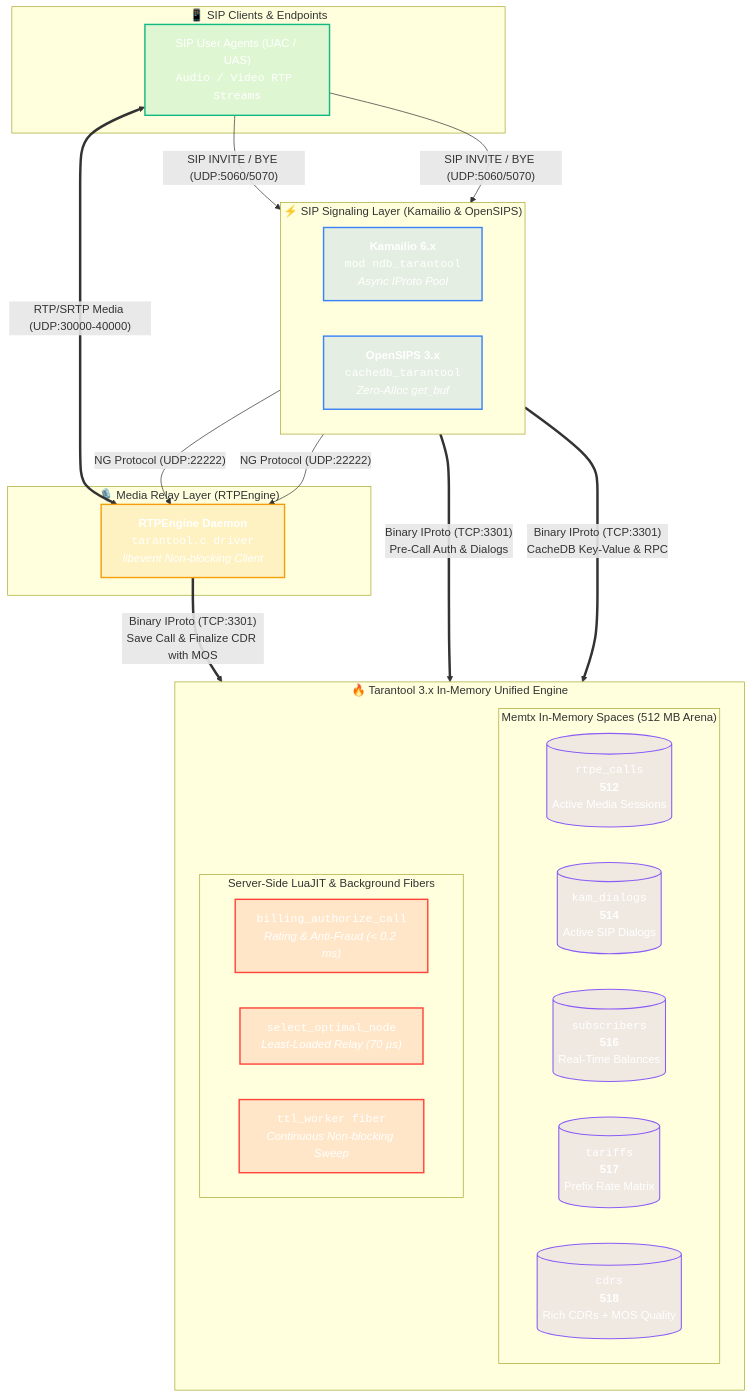
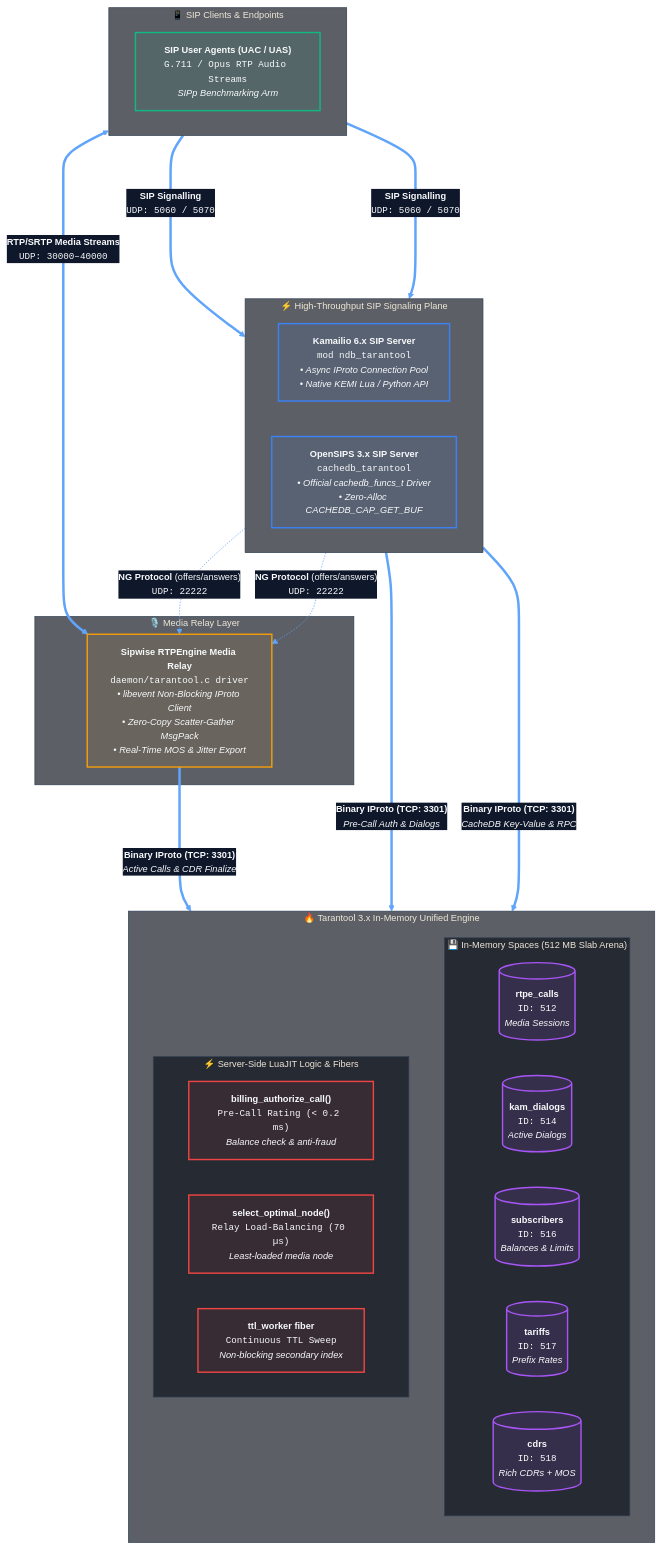
Before and after one commit to lean1ee/tarantool-voip-backend: the diagram in README.md, drawn with Mermaid. The commit also changed other lines of this file and 5 other files, not shown here.

Commit message:
docs: enrich Mermaid diagrams with custom dark themes, font styling, rect highlights, and branch logic

````diff
--- a/README.md
+++ b/README.md
@@ -26,55 +26,75 @@
 ```mermaid
+%%{init: {
+  'theme': 'base',
+  'themeVariables': {
+    'fontFamily': 'Inter, system-ui, -apple-system, sans-serif',
+    'fontSize': '13px',
+    'darkMode': true,
+    'primaryColor': '#1e293b',
+    'primaryTextColor': '#f8fafc',
+    'primaryBorderColor': '#3b82f6',
+    'lineColor': '#60a5fa',
+    'secondaryColor': '#0f172a',
+    'tertiaryColor': '#111827',
+    'clusterBkg': '#0b0f19aa',
+    'clusterBorder': '#334155',
+    'edgeLabelBackground': '#0f172a'
+  }
+}}%%
 flowchart TB
     subgraph Clients["📱 SIP Clients & Endpoints"]
-        UAC["SIP User Agents (UAC / UAS)<br/><code>Audio / Video RTP Streams</code>"]
+        direction LR
+        UAC["<b>SIP User Agents (UAC / UAS)</b><br/><code>G.711 / Opus RTP Audio Streams</code><br/><i>SIPp Benchmarking Arm</i>"]
     end
 
-    subgraph Signaling["⚡ SIP Signaling Layer (Kamailio & OpenSIPS)"]
+    subgraph Signaling["⚡ High-Throughput SIP Signaling Plane"]
         direction LR
-        KAM["<b>Kamailio 6.x</b><br/><code>mod ndb_tarantool</code><br/><i>Async IProto Pool</i>"]
-        OS["<b>OpenSIPS 3.x</b><br/><code>cachedb_tarantool</code><br/><i>Zero-Alloc get_buf</i>"]
+        KAM["<b>Kamailio 6.x SIP Server</b><br/><code>mod ndb_tarantool</code><br/><i>• Async IProto Connection Pool<br/>• Native KEMI Lua / Python API</i>"]
+        OS["<b>OpenSIPS 3.x SIP Server</b><br/><code>cachedb_tarantool</code><br/><i>• Official cachedb_funcs_t Driver<br/>• Zero-Alloc CACHEDB_CAP_GET_BUF</i>"]
     end
 
-    subgraph Media["🎙️ Media Relay Layer (RTPEngine)"]
-        RTPE["<b>RTPEngine Daemon</b><br/><code>tarantool.c driver</code><br/><i>libevent Non-blocking Client</i>"]
+    subgraph Media["🎙️ Media Relay Layer"]
+        RTPE["<b>Sipwise RTPEngine Media Relay</b><br/><code>daemon/tarantool.c driver</code><br/><i>• libevent Non-Blocking IProto Client<br/>• Zero-Copy Scatter-Gather MsgPack<br/>• Real-Time MOS &amp; Jitter Export</i>"]
     end
 
     subgraph Backend["🔥 Tarantool 3.x In-Memory Unified Engine"]
         direction TB
-        subgraph Memtx["Memtx In-Memory Spaces (512 MB Arena)"]
-            S1[("<code>rtpe_calls</code><br/><b>512</b><br/>Active Media Sessions")]
-            S2[("<code>kam_dialogs</code><br/><b>514</b><br/>Active SIP Dialogs")]
-            S3[("<code>subscribers</code><br/><b>516</b><br/>Real-Time Balances")]
-            S4[("<code>tariffs</code><br/><b>517</b><br/>Prefix Rate Matrix")]
-            S5[("<code>cdrs</code><br/><b>518</b><br/>Rich CDRs + MOS Quality")]
+        subgraph Memtx["💾 In-Memory Spaces (512 MB Slab Arena)"]
+            direction LR
+            S1[("<b>rtpe_calls</b><br/><code>ID: 512</code><br/><i>Media Sessions</i>")]
+            S2[("<b>kam_dialogs</b><br/><code>ID: 514</code><br/><i>Active Dialogs</i>")]
+            S3[("<b>subscribers</b><br/><code>ID: 516</code><br/><i>Balances &amp; Limits</i>")]
+            S4[("<b>tariffs</b><br/><code>ID: 517</code><br/><i>Prefix Rates</i>")]
+            S5[("<b>cdrs</b><br/><code>ID: 518</code><br/><i>Rich CDRs + MOS</i>")]
         end
-        subgraph Engine["Server-Side LuaJIT & Background Fibers"]
-            LUA1["<code>billing_authorize_call</code><br/><i>Rating & Anti-Fraud (&lt; 0.2 ms)</i>"]
-            LUA2["<code>select_optimal_node</code><br/><i>Least-Loaded Relay (70 µs)</i>"]
-            LUA3["<code>ttl_worker fiber</code><br/><i>Continuous Non-blocking Sweep</i>"]
+        subgraph Engine["⚡ Server-Side LuaJIT Logic &amp; Fibers"]
+            direction LR
+            LUA1["<b>billing_authorize_call()</b><br/><code>Pre-Call Rating (&lt; 0.2 ms)</code><br/><i>Balance check &amp; anti-fraud</i>"]
+            LUA2["<b>select_optimal_node()</b><br/><code>Relay Load-Balancing (70 µs)</code><br/><i>Least-loaded media node</i>"]
+            LUA3["<b>ttl_worker fiber</b><br/><code>Continuous TTL Sweep</code><br/><i>Non-blocking secondary index</i>"]
         end
     end
 
-    UAC -->|"SIP INVITE / BYE (UDP:5060/5070)"| KAM
-    UAC -->|"SIP INVITE / BYE (UDP:5060/5070)"| OS
-    UAC <===>|"RTP/SRTP Media (UDP:30000-40000)"| RTPE
+    UAC ==>|"<b>SIP Signalling</b><br/><code>UDP: 5060 / 5070</code>"| KAM
+    UAC ==>|"<b>SIP Signalling</b><br/><code>UDP: 5060 / 5070</code>"| OS
+    UAC <=====>|"<b>RTP/SRTP Media Streams</b><br/><code>UDP: 30000–40000</code>"| RTPE
 
-    KAM -->|"NG Protocol (UDP:22222)"| RTPE
-    OS -->|"NG Protocol (UDP:22222)"| RTPE
+    KAM -.->|"<b>NG Protocol</b> (offers/answers)<br/><code>UDP: 22222</code>"| RTPE
+    OS -.->|"<b>NG Protocol</b> (offers/answers)<br/><code>UDP: 22222</code>"| RTPE
 
-    KAM ==>|"Binary IProto (TCP:3301)<br/>Pre-Call Auth &amp; Dialogs"| Backend
-    OS ==>|"Binary IProto (TCP:3301)<br/>CacheDB Key-Value &amp; RPC"| Backend
-    RTPE ==>|"Binary IProto (TCP:3301)<br/>Save Call &amp; Finalize CDR with MOS"| Backend
+    KAM ===>|"<b>Binary IProto (TCP: 3301)</b><br/><i>Pre-Call Auth &amp; Dialogs</i>"| Backend
+    OS ===>|"<b>Binary IProto (TCP: 3301)</b><br/><i>CacheDB Key-Value &amp; RPC</i>"| Backend
+    RTPE ===>|"<b>Binary IProto (TCP: 3301)</b><br/><i>Active Calls &amp; CDR Finalize</i>"| Backend
 
-    classDef tnt fill:#ff453a22,stroke:#ff453a,stroke-width:2px,color:#fff;
-    classDef sip fill:#3b82f622,stroke:#3b82f6,stroke-width:2px,color:#fff;
-    classDef media fill:#f59e0b22,stroke:#f59e0b,stroke-width:2px,color:#fff;
-    classDef client fill:#10b98122,stroke:#10b981,stroke-width:2px,color:#fff;
-    classDef space fill:#8b5cf622,stroke:#8b5cf6,stroke-width:1.5px,color:#fff;
+    classDef tnt fill:#ef444415,stroke:#ef4444,stroke-width:2px,color:#f8fafc;
+    classDef sip fill:#3b82f615,stroke:#3b82f6,stroke-width:2px,color:#f8fafc;
+    classDef media fill:#f59e0b15,stroke:#f59e0b,stroke-width:2px,color:#f8fafc;
+    classDef client fill:#10b98115,stroke:#10b981,stroke-width:2px,color:#f8fafc;
+    classDef space fill:#a855f720,stroke:#a855f7,stroke-width:2px,color:#f8fafc;
 
     class KAM,OS sip;
     class RTPE media;
     class UAC client;
     class LUA1,LUA2,LUA3 tnt;
     class S1,S2,S3,S4,S5 space;
 ```
````
